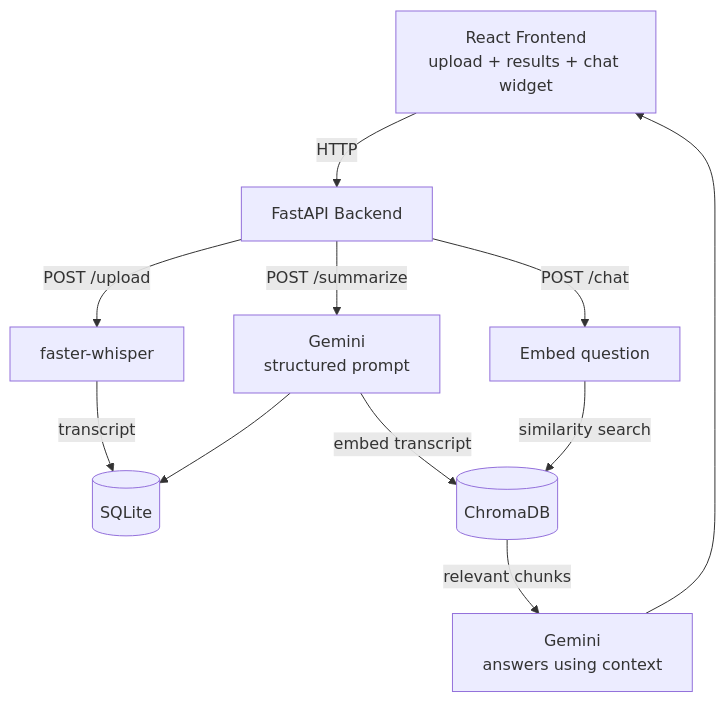
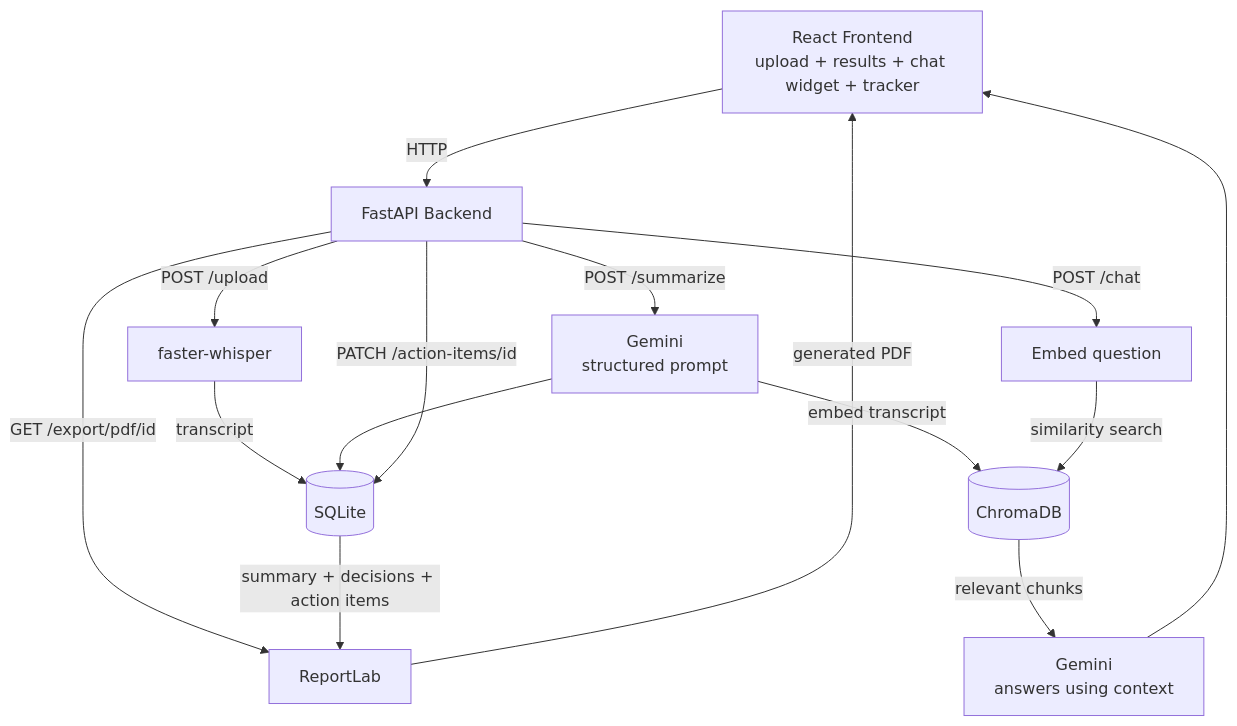
The diagram in README.md (Mmeghna10/meeting-summarizer), drawn with Mermaid before and after one commit. The commit also changed other lines of this file and 5 other files, not shown here.

Commit message:
Add action item accountability tracker, PDF export, and UI polish

````diff
--- a/README.md
+++ b/README.md
@@ -30,16 +33,21 @@
 ```mermaid
 flowchart TD
-    A[React Frontend<br/>upload + results + chat widget] -->|HTTP| B[FastAPI Backend]
+    A[React Frontend<br/>upload + results + chat widget + tracker] -->|HTTP| B[FastAPI Backend]
 
     B -->|POST /upload| C[faster-whisper]
     C -->|transcript| D[(SQLite)]
 
     B -->|POST /summarize| E[Gemini<br/>structured prompt]
     E --> D
     E -->|embed transcript| F[(ChromaDB)]
 
     B -->|POST /chat| G[Embed question]
     G -->|similarity search| F
     F -->|relevant chunks| H[Gemini<br/>answers using context]
     H --> A
+
+    B -->|PATCH /action-items/id| D
+    B -->|GET /export/pdf/id| I[ReportLab]
+    D -->|summary + decisions + action items| I
+    I -->|generated PDF| A
 ```
````
